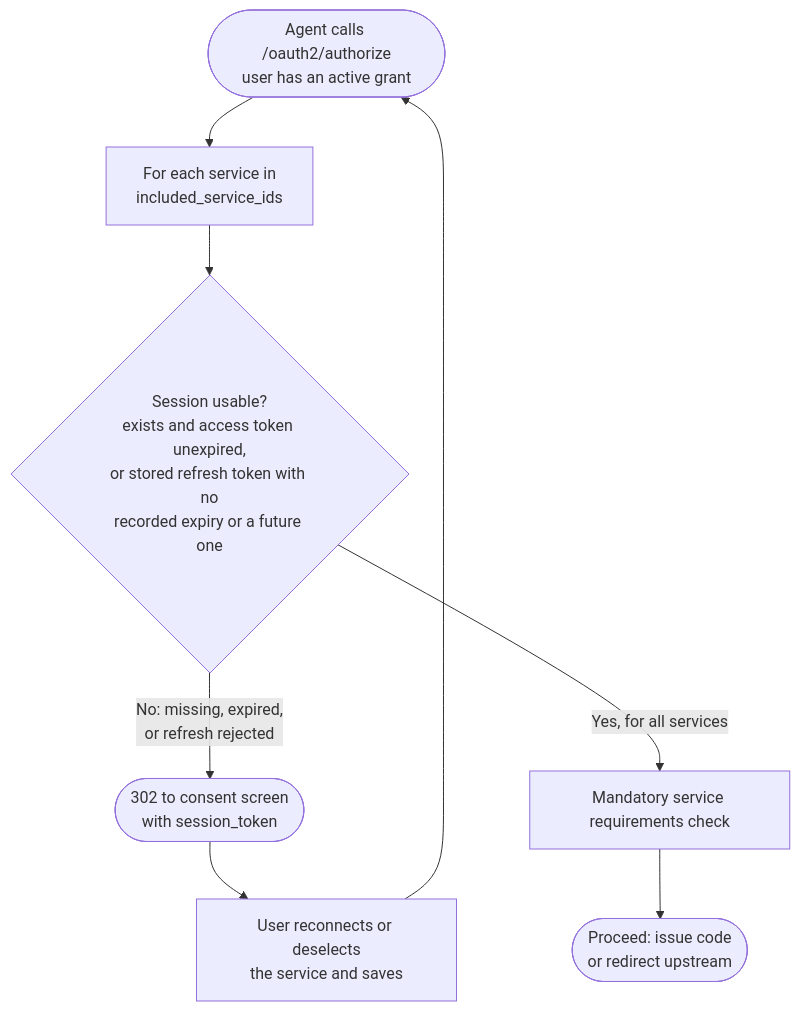
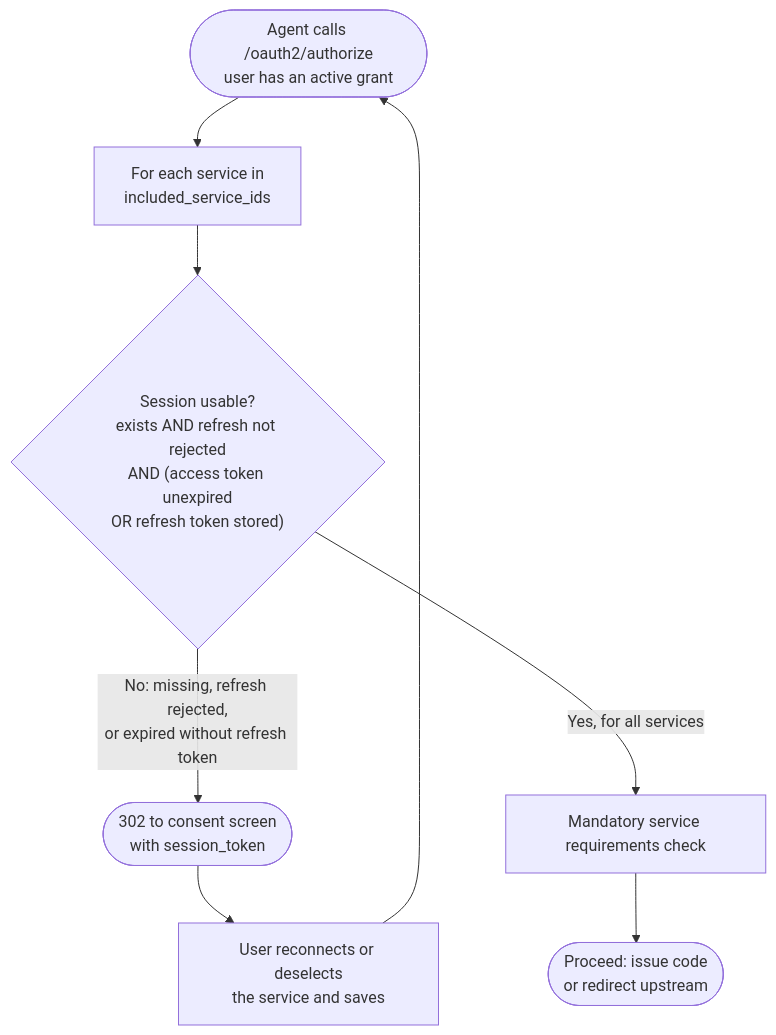
The sixth of 7 diagrams in specs/019-permission-sets/spec.md (zalando-incubator/agentic-identity-broker), drawn with Mermaid before and after one commit. The commit also changed other lines of this file and 100 other files, not shown here.

Commit message:
refactor: Record observed refresh-token rejection instead of a predicted expiry (#378)

````diff
--- a/specs/019-permission-sets/spec.md
+++ b/specs/019-permission-sets/spec.md
@@ -188,10 +188,10 @@
 ```mermaid
 flowchart TD
     A([Agent calls /oauth2/authorize<br/>user has an active grant]) --> B[For each service in<br/>included_service_ids]
-    B --> C{Session usable?<br/>exists and access token unexpired,<br/>or stored refresh token with no<br/>recorded expiry or a future one}
-    C -- No: missing, expired,<br/>or refresh rejected --> D([302 to consent screen<br/>with session_token])
+    B --> C{"Session usable?<br/>exists AND refresh not rejected<br/>AND (access token unexpired<br/>OR refresh token stored)"}
+    C -- No: missing, refresh rejected,<br/>or expired without refresh token --> D([302 to consent screen<br/>with session_token])
     C -- Yes, for all services --> E[Mandatory service requirements check]
     E --> F([Proceed: issue code<br/>or redirect upstream])
     D --> G[User reconnects or deselects<br/>the service and saves]
     G --> A
 ```
````
